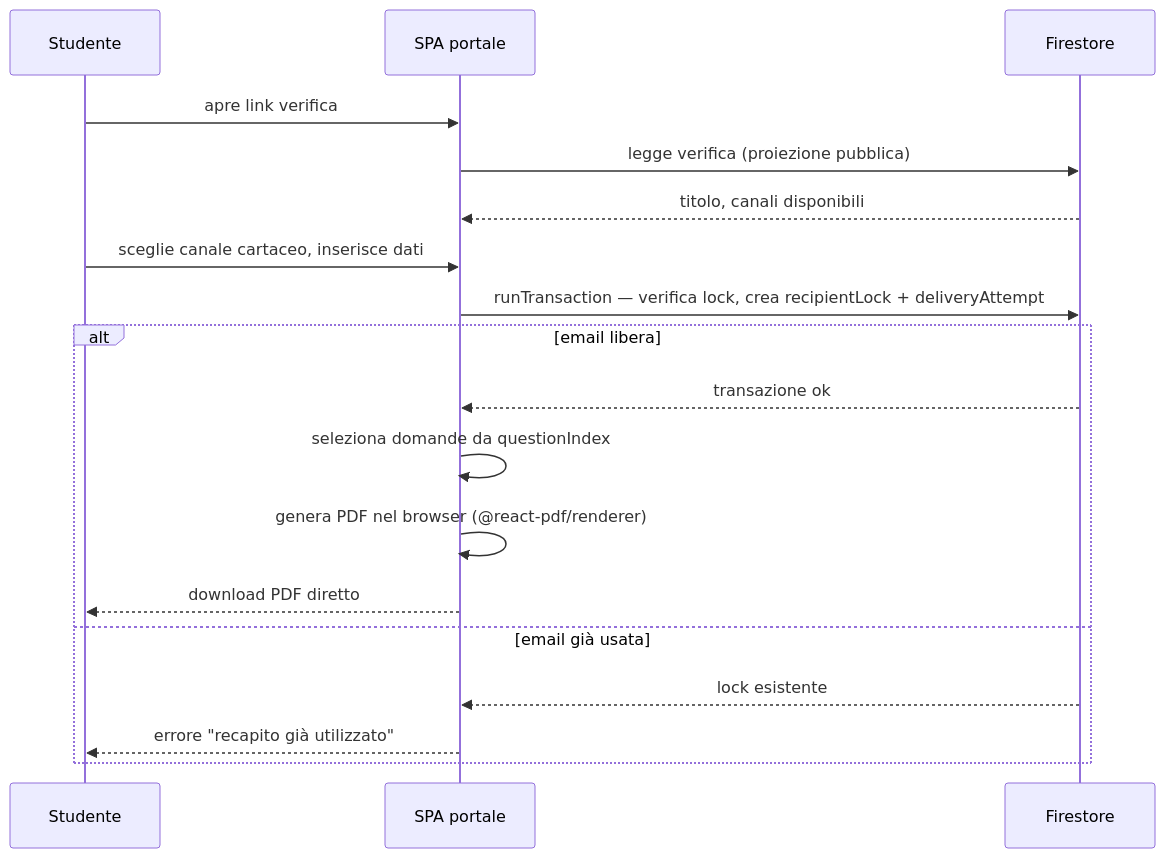
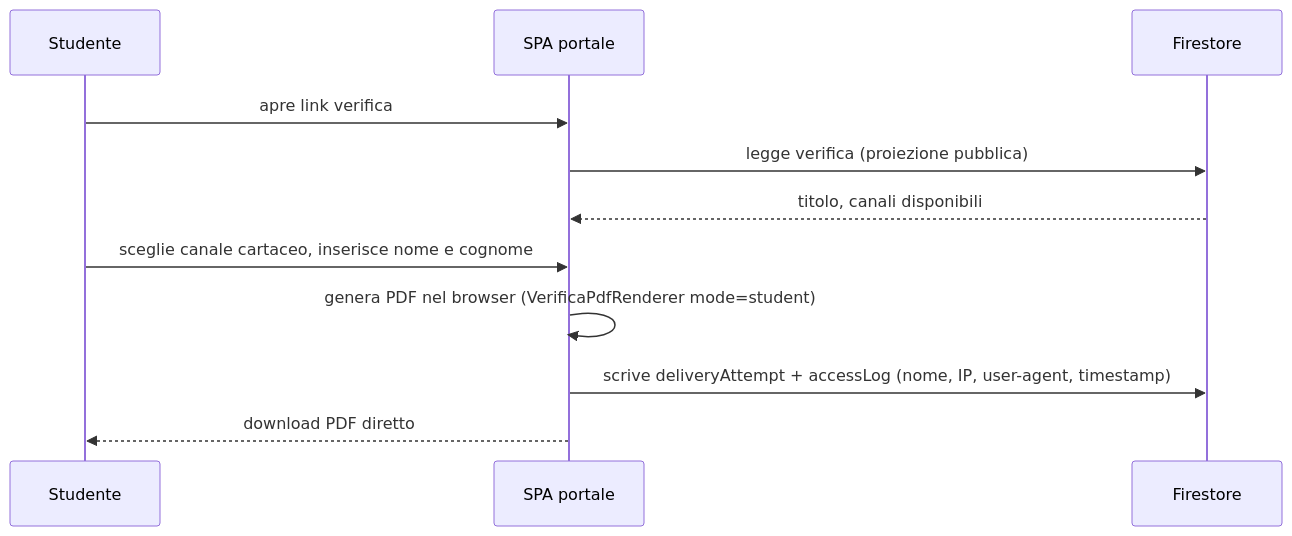
The first of 2 diagrams in documentazione/diagrammi/sequence-pubblicazione-verifica.md (EnricoPaparo/SchoolForge), drawn with Mermaid before and after one commit. The commit also changed other lines of this file and 10 other files, not shown here.

````diff
--- a/documentazione/diagrammi/sequence-pubblicazione-verifica.md
+++ b/documentazione/diagrammi/sequence-pubblicazione-verifica.md
@@ -5,22 +5,15 @@
 ```mermaid
 sequenceDiagram
     participant S as Studente
     participant SPA as SPA portale
     participant F as Firestore
 
     S->>SPA: apre link verifica
     SPA->>F: legge verifica (proiezione pubblica)
     F-->>SPA: titolo, canali disponibili
 
-    S->>SPA: sceglie canale cartaceo, inserisce dati
-    SPA->>F: runTransaction — verifica lock, crea recipientLock + deliveryAttempt
-    alt email libera
-        F-->>SPA: transazione ok
-        SPA->>SPA: seleziona domande da questionIndex
-        SPA->>SPA: genera PDF nel browser (@react-pdf/renderer)
-        SPA-->>S: download PDF diretto
-    else email già usata
-        F-->>SPA: lock esistente
-        SPA-->>S: errore "recapito già utilizzato"
-    end
+    S->>SPA: sceglie canale cartaceo, inserisce nome e cognome
+    SPA->>SPA: genera PDF nel browser (VerificaPdfRenderer mode=student)
+    SPA->>F: scrive deliveryAttempt + accessLog (nome, IP, user-agent, timestamp)
+    SPA-->>S: download PDF diretto
 ```
````
